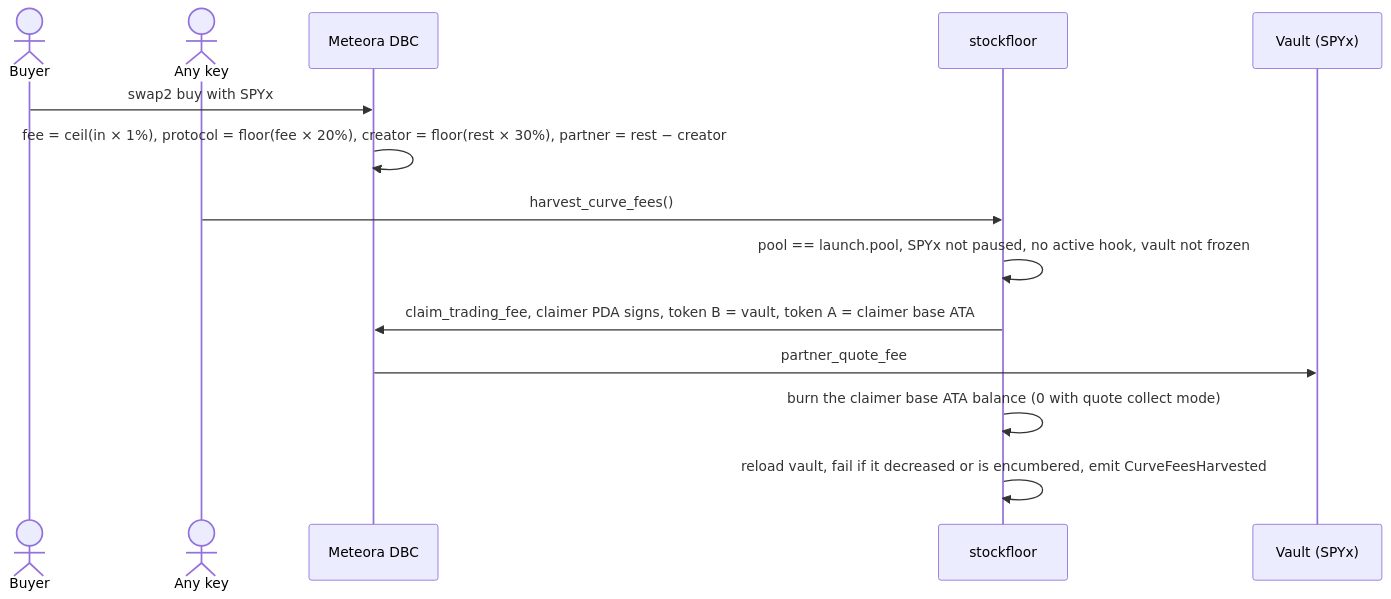
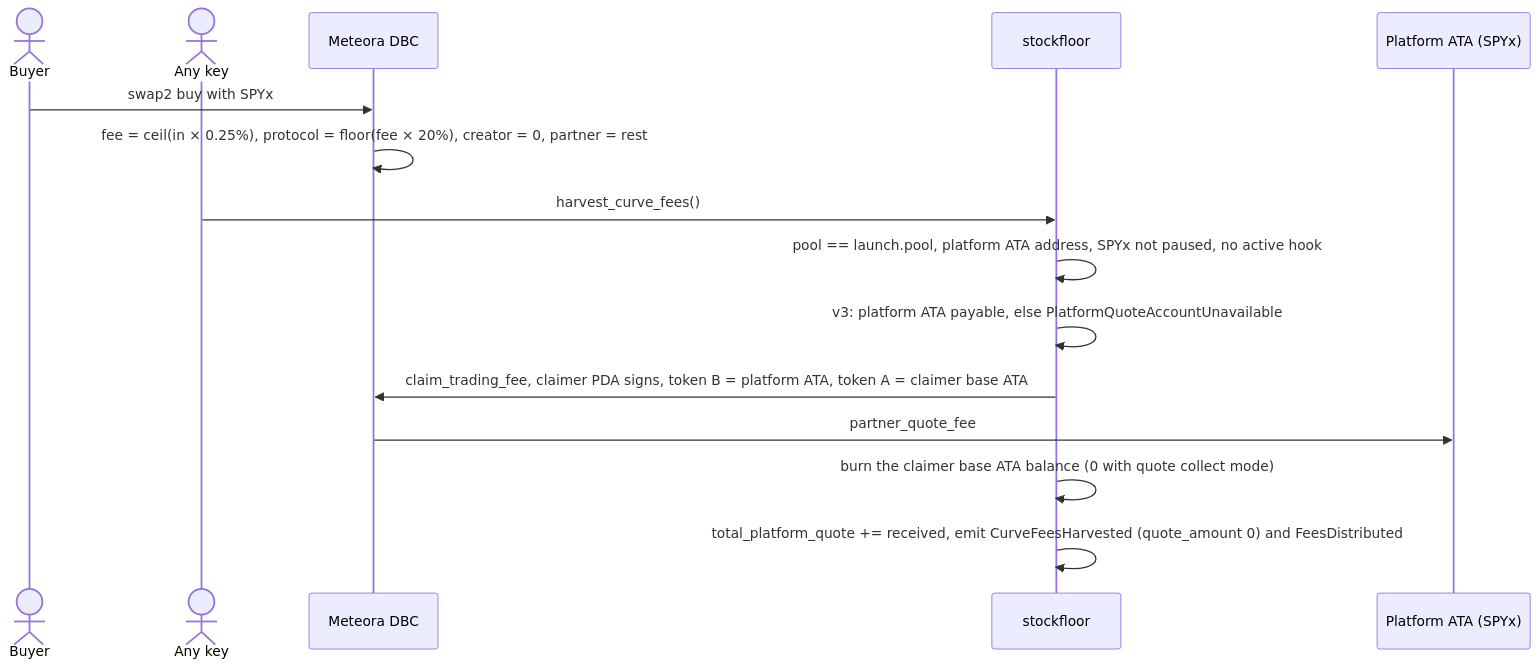
The third of 6 diagrams in docs/architecture.md (0xrke/plinto), drawn with Mermaid before and after one commit. The commit also changed other lines of this file and 3 other files, not shown here.

First line of the commit message:
docs: architecture, README fee tables, STATUS for the v3 fee model

````diff
--- a/docs/architecture.md
+++ b/docs/architecture.md
@@ -183,16 +255,17 @@
 ```mermaid
 sequenceDiagram
   actor Buyer
   actor Cranker as Any key
   participant DBC as Meteora DBC
   participant SF as stockfloor
-  participant Vault as Vault (SPYx)
+  participant Platform as Platform ATA (SPYx)
   Buyer->>DBC: swap2 buy with SPYx
-  DBC->>DBC: fee = ceil(in × 1%), protocol = floor(fee × 20%), creator = floor(rest × 30%), partner = rest − creator
+  DBC->>DBC: fee = ceil(in × 0.25%), protocol = floor(fee × 20%), creator = 0, partner = rest
   Cranker->>SF: harvest_curve_fees()
-  SF->>SF: pool == launch.pool, SPYx not paused, no active hook, vault not frozen
-  SF->>DBC: claim_trading_fee, claimer PDA signs, token B = vault, token A = claimer base ATA
-  DBC->>Vault: partner_quote_fee
+  SF->>SF: pool == launch.pool, platform ATA address, SPYx not paused, no active hook
+  SF->>SF: v3: platform ATA payable, else PlatformQuoteAccountUnavailable
+  SF->>DBC: claim_trading_fee, claimer PDA signs, token B = platform ATA, token A = claimer base ATA
+  DBC->>Platform: partner_quote_fee
   SF->>SF: burn the claimer base ATA balance (0 with quote collect mode)
-  SF->>SF: reload vault, fail if it decreased or is encumbered, emit CurveFeesHarvested
+  SF->>SF: total_platform_quote += received, emit CurveFeesHarvested (quote_amount 0) and FeesDistributed
 ```
````
